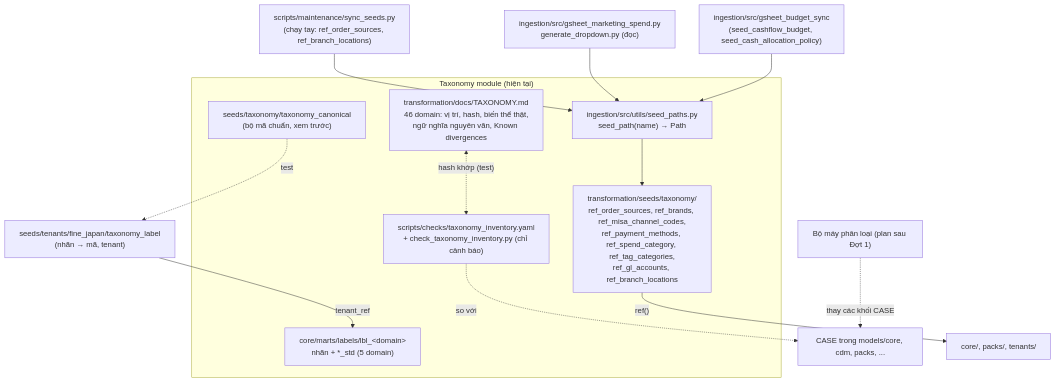
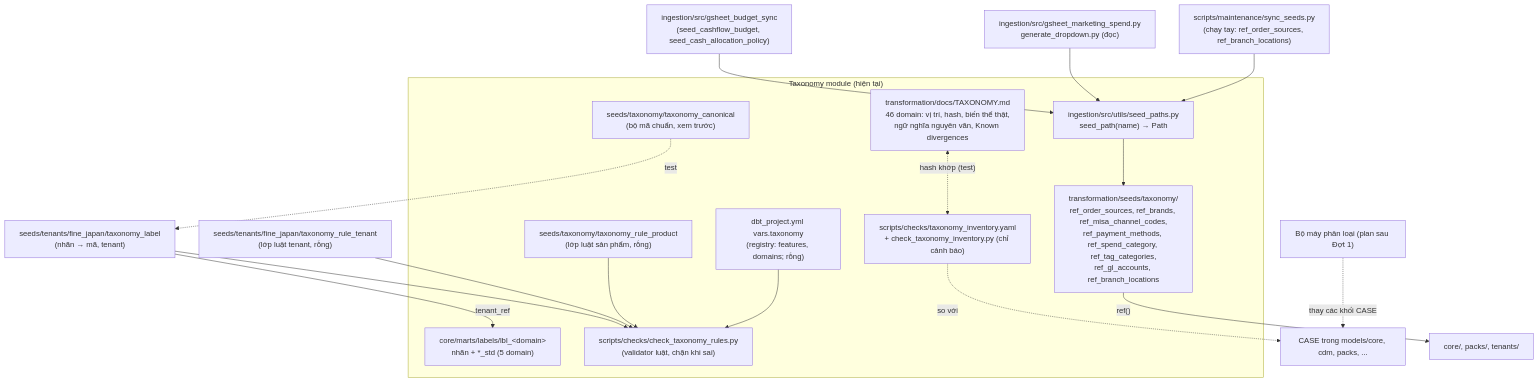
Diagram 12 of 17 in docs/architecture/modules.md (vantt/data-integration), drawn with Mermaid before and after one commit. The commit also changed other lines of this file and 14 other files, not shown here.

First line of the commit message:
feat(taxonomy): add the rule registry, rule seeds and a rule validator

````diff
--- a/docs/architecture/modules.md
+++ b/docs/architecture/modules.md
@@ -615,21 +615,26 @@
 ```mermaid
 flowchart TB
     subgraph TAX["Taxonomy module (hiện tại)"]
         DOC["transformation/docs/TAXONOMY.md<br/>46 domain: vị trí, hash, biến thể thật,<br/>ngữ nghĩa nguyên văn, Known divergences"]
         INV["scripts/checks/taxonomy_inventory.yaml<br/>+ check_taxonomy_inventory.py (chỉ cảnh báo)"]
         SEED["transformation/seeds/taxonomy/<br/>ref_order_sources, ref_brands, ref_misa_channel_codes,<br/>ref_payment_methods, ref_spend_category, ref_tag_categories,<br/>ref_gl_accounts, ref_branch_locations"]
         SP["ingestion/src/utils/seed_paths.py<br/>seed_path(name) → Path"]
         TC["seeds/taxonomy/taxonomy_canonical<br/>(bộ mã chuẩn, xem trước)"]
         LBL["core/marts/labels/lbl_&lt;domain&gt;<br/>nhãn + *_std (5 domain)"]
+        REG["dbt_project.yml vars.taxonomy<br/>(registry: features, domains; rỗng)"]
+        RULE["seeds/taxonomy/taxonomy_rule_product<br/>(lớp luật sản phẩm, rỗng)"]
+        VAL["scripts/checks/check_taxonomy_rules.py<br/>(validator luật, chặn khi sai)"]
     end
+    RT["seeds/tenants/fine_japan/taxonomy_rule_tenant<br/>(lớp luật tenant, rỗng)"]
+    REG & RULE & RT & TL --> VAL
     TL["seeds/tenants/fine_japan/taxonomy_label<br/>(nhãn → mã, tenant)"] -- "tenant_ref" --> LBL
     TC -. "test" .-> TL
     DOC <-. "hash khớp (test)" .-> INV
     INV -. "so với" .-> SQL["CASE trong models/core, cdm, packs, ..."]
     WR1["scripts/maintenance/sync_seeds.py<br/>(chạy tay: ref_order_sources, ref_branch_locations)"] --> SP
     RD1["ingestion/src/gsheet_marketing_spend.py<br/>generate_dropdown.py (đọc)"] --> SP
     WR3["ingestion/src/gsheet_budget_sync<br/>(seed_cashflow_budget, seed_cash_allocation_policy)"] --> SP
     SP --> SEED
     SEED -->|"ref()"| CORE["core/, packs/, tenants/"]
     ENG["Bộ máy phân loại (plan sau Đợt 1)"] -. "thay các khối CASE" .-> SQL
 ```
````
